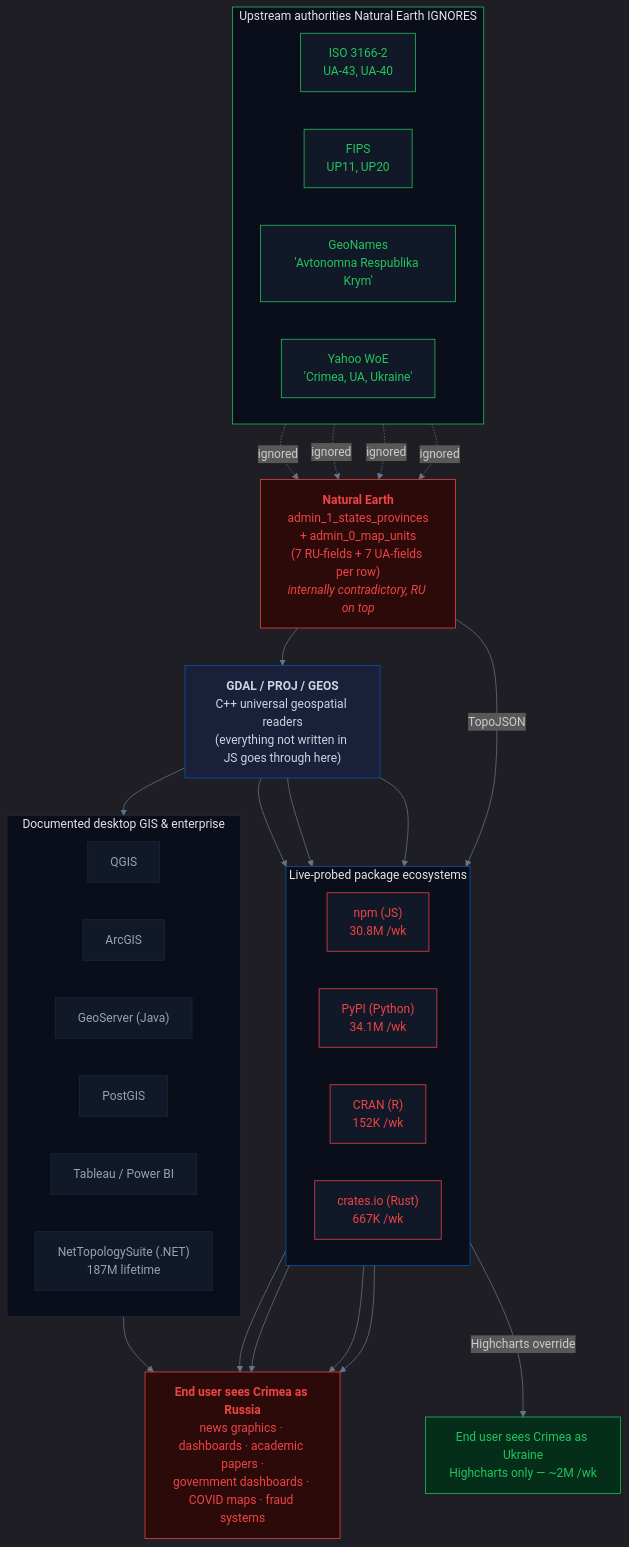
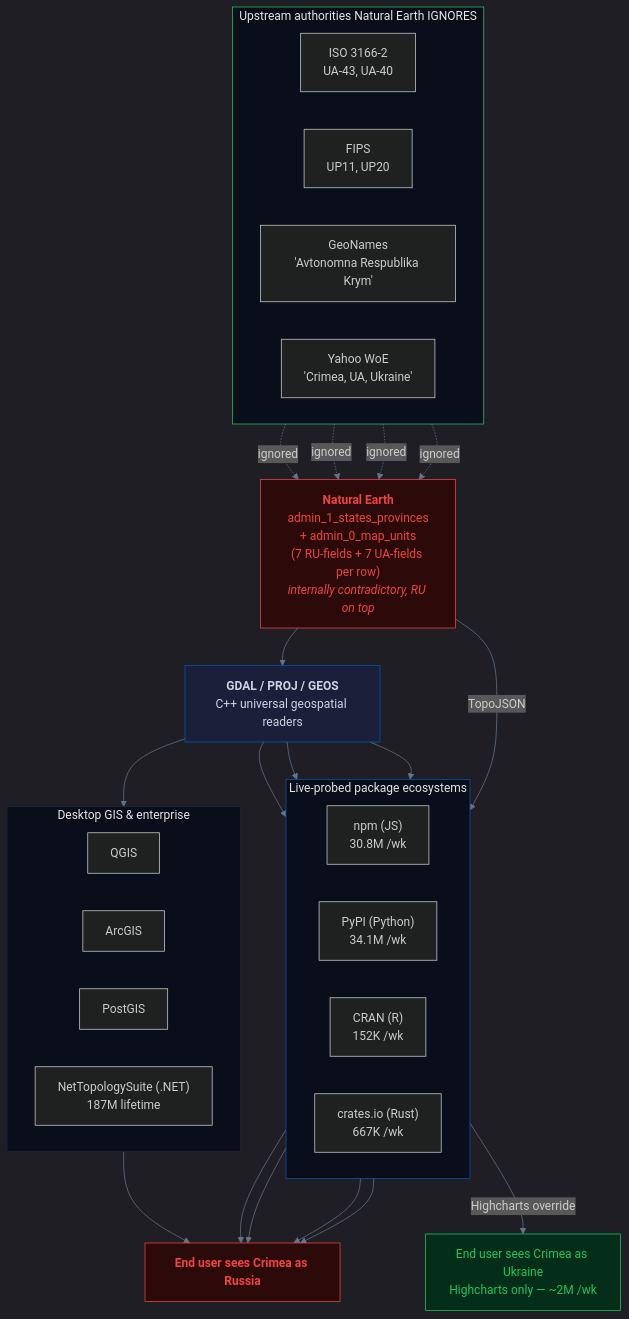
The diagram in pipelines/geodata/README.md (IvanDobrovolsky/crimeaisukraine), drawn with Mermaid before and after one commit. The commit also changed other lines of this file and 53 other files, not shown here.

````diff
--- a/pipelines/geodata/README.md
+++ b/pipelines/geodata/README.md
@@ -17,77 +7,61 @@
 ```mermaid
 %%{init: {'theme': 'dark', 'themeVariables': {'primaryColor': '#0057b7', 'primaryTextColor': '#e5e5e5', 'lineColor': '#64748b', 'primaryBorderColor': '#1e293b'}}}%%
 flowchart TB
     subgraph IGNORED["Upstream authorities Natural Earth IGNORES"]
         direction LR
         ISO["ISO 3166-2<br/>UA-43, UA-40"]
         FIPS["FIPS<br/>UP11, UP20"]
         GN["GeoNames<br/>'Avtonomna Respublika Krym'"]
         WOE["Yahoo WoE<br/>'Crimea, UA, Ukraine'"]
     end
 
     NE["<b>Natural Earth</b><br/>admin_1_states_provinces<br/>+ admin_0_map_units<br/>(7 RU-fields + 7 UA-fields per row)<br/><i>internally contradictory, RU on top</i>"]
 
-    GDAL["<b>GDAL / PROJ / GEOS</b><br/>C++ universal geospatial readers<br/>(everything not written in JS goes through here)"]
+    GDAL["<b>GDAL / PROJ / GEOS</b><br/>C++ universal geospatial readers"]
 
     subgraph ECOSYSTEMS["Live-probed package ecosystems"]
         direction LR
         NPM["npm (JS)<br/>30.8M /wk"]
         PYPI["PyPI (Python)<br/>34.1M /wk"]
         CRAN["CRAN (R)<br/>152K /wk"]
         CRATES["crates.io (Rust)<br/>667K /wk"]
     end
 
-    subgraph DESKTOP["Documented desktop GIS &amp; enterprise"]
+    subgraph DESKTOP["Desktop GIS &amp; enterprise"]
         direction LR
         QGIS["QGIS"]
         ARCGIS["ArcGIS"]
-        GEOSRV["GeoServer (Java)"]
         POSTGIS["PostGIS"]
-        TABLEAU["Tableau / Power BI"]
         NTS["NetTopologySuite (.NET)<br/>187M lifetime"]
     end
 
-    OUT_BAD["<b>End user sees Crimea as Russia</b><br/>news graphics · dashboards · academic papers ·<br/>government dashboards · COVID maps · fraud systems"]
+    OUT_BAD["<b>End user sees Crimea as Russia</b>"]
     OUT_OK["End user sees Crimea as Ukraine<br/>Highcharts only — ~2M /wk"]
 
     ISO -.->|ignored| NE
     FIPS -.->|ignored| NE
     GN -.->|ignored| NE
     WOE -.->|ignored| NE
 
     NE --> GDAL
     NE -->|TopoJSON| NPM
     GDAL --> PYPI
     GDAL --> CRAN
     GDAL --> CRATES
     GDAL --> DESKTOP
 
     NPM --> OUT_BAD
     PYPI --> OUT_BAD
     CRAN --> OUT_BAD
     CRATES --> OUT_BAD
     DESKTOP --> OUT_BAD
     NPM -->|"Highcharts override"| OUT_OK
 
     style IGNORED fill:#0a0e1a,stroke:#22c55e,color:#e5e5e5
     style ECOSYSTEMS fill:#0a0e1a,stroke:#0057b7,color:#e5e5e5
     style DESKTOP fill:#0a0e1a,stroke:#1e293b,color:#e5e5e5
-    style ISO fill:#111827,stroke:#22c55e,color:#22c55e
-    style FIPS fill:#111827,stroke:#22c55e,color:#22c55e
-    style GN fill:#111827,stroke:#22c55e,color:#22c55e
-    style WOE fill:#111827,stroke:#22c55e,color:#22c55e
     style NE fill:#2d0a0a,stroke:#ef4444,color:#ef4444
     style GDAL fill:#1a1f3a,stroke:#0057b7,color:#cbd5e1
-    style NPM fill:#111827,stroke:#ef4444,color:#ef4444
-    style PYPI fill:#111827,stroke:#ef4444,color:#ef4444
-    style CRAN fill:#111827,stroke:#ef4444,color:#ef4444
-    style CRATES fill:#111827,stroke:#ef4444,color:#ef4444
-    style QGIS fill:#111827,stroke:#1e293b,color:#94a3b8
-    style ARCGIS fill:#111827,stroke:#1e293b,color:#94a3b8
-    style GEOSRV fill:#111827,stroke:#1e293b,color:#94a3b8
-    style POSTGIS fill:#111827,stroke:#1e293b,color:#94a3b8
-    style TABLEAU fill:#111827,stroke:#1e293b,color:#94a3b8
-    style NTS fill:#111827,stroke:#1e293b,color:#94a3b8
     style OUT_BAD fill:#2d0a0a,stroke:#ef4444,color:#ef4444
     style OUT_OK fill:#052e1a,stroke:#22c55e,color:#22c55e
 ```
````
